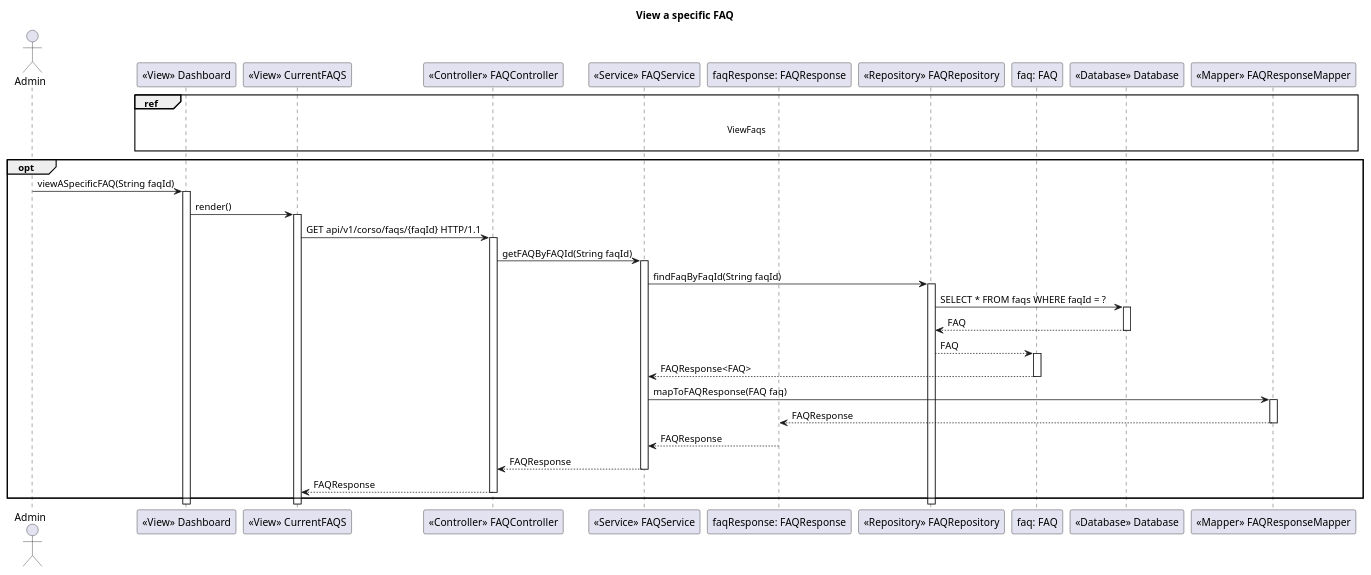
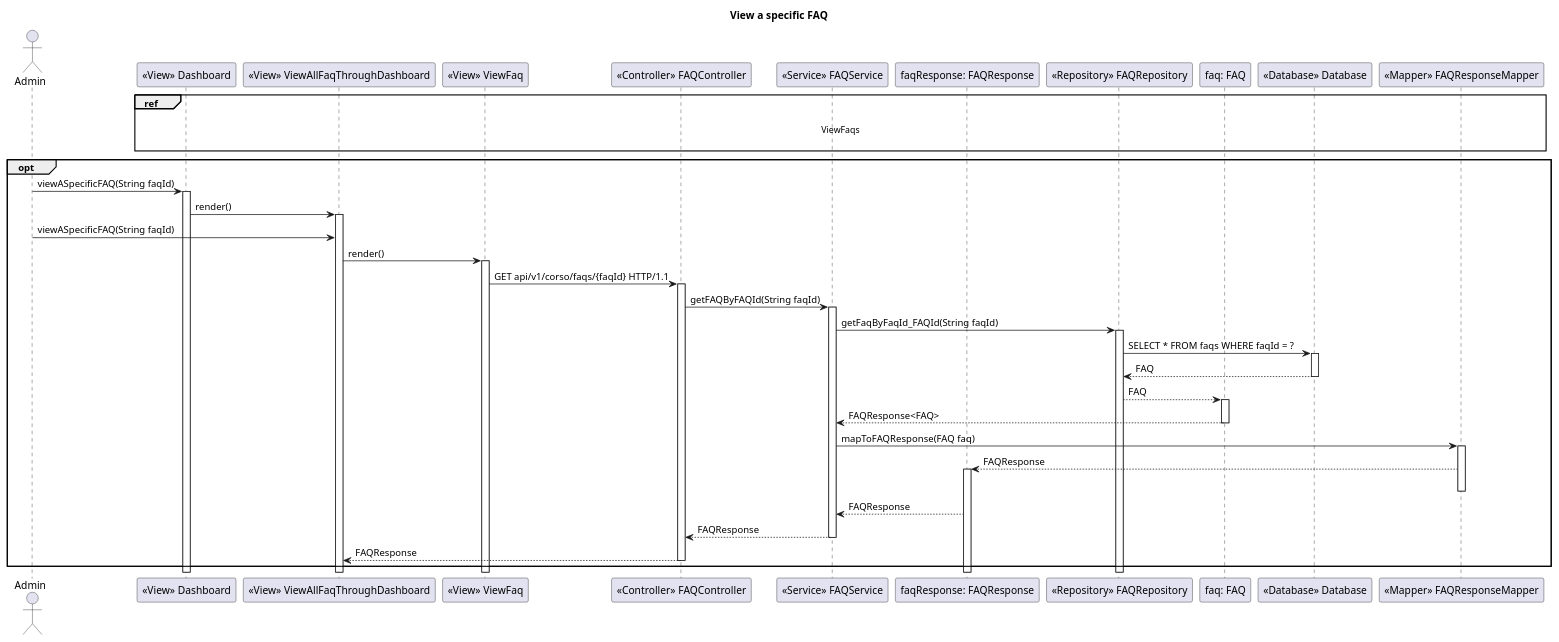
Before and after one commit to DylanBrass/Corso-Website: the diagram in Diagrams/LLSD/FAQs/VIewFAQById.puml, drawn with PlantUML. The commit also changed 22 other files, not shown here.

```diff
--- a/Diagrams/LLSD/FAQs/VIewFAQById.puml
+++ b/Diagrams/LLSD/FAQs/VIewFAQById.puml
@@ -1,69 +1,75 @@
 @startuml
 title View a specific FAQ
 
 actor Admin
 
 participant Dashboard as "<<View>> Dashboard"
-participant CurrentFAQS as "<<View>> CurrentFAQS"
+participant CurrentFAQS as "<<View>> ViewAllFaqThroughDashboard"
+participant ViewFaq as "<<View>> ViewFaq"
 participant FAQController as "<<Controller>> FAQController"
 participant FAQService as "<<Service>> FAQService"
 participant FAQResponse as "faqResponse: FAQResponse"
 participant FAQRepository as "<<Repository>> FAQRepository"
 participant FAQ as "faq: FAQ"
 participant Database as "<<Database>> Database"
 participant FAQResponseMapper as "<<Mapper>> FAQResponseMapper"
 
 ref over Dashboard, CurrentFAQS, FAQController, FAQService, FAQResponse, FAQRepository, FAQ, Database, FAQResponseMapper
 
 ViewFaqs
 
 end
 
 
 opt
 
 Admin -> Dashboard: viewASpecificFAQ(String faqId)
 activate Dashboard
 
 Dashboard -> CurrentFAQS: render()
 activate CurrentFAQS
 
-CurrentFAQS -> FAQController: GET api/v1/corso/faqs/{faqId} HTTP/1.1
+Admin -> CurrentFAQS: viewASpecificFAQ(String faqId)
+
+CurrentFAQS -> ViewFaq: render()
+activate ViewFaq
+
+ViewFaq -> FAQController: GET api/v1/corso/faqs/{faqId} HTTP/1.1
 activate FAQController
 
 FAQController -> FAQService: getFAQByFAQId(String faqId)
 activate FAQService
 
-FAQService -> FAQRepository: findFaqByFaqId(String faqId)
+FAQService -> FAQRepository: getFaqByFaqId_FAQId(String faqId)
 activate FAQRepository
 
 FAQRepository -> Database: SELECT * FROM faqs WHERE faqId = ?
 activate Database
 
 Database --> FAQRepository: FAQ
 deactivate Database
 
 FAQRepository --> FAQ: FAQ
 activate FAQ
 
 FAQ --> FAQService: FAQResponse<FAQ>
 deactivate FAQ
 
 FAQService -> FAQResponseMapper: mapToFAQResponse(FAQ faq)
 activate FAQResponseMapper
 
 FAQResponseMapper --> FAQResponse: FAQResponse
+activate FAQResponse
 deactivate FAQResponseMapper
 
 FAQResponse --> FAQService: FAQResponse
-deactivate FAQResponse
 
 FAQService --> FAQController: FAQResponse
 deactivate FAQService
 
 FAQController --> CurrentFAQS: FAQResponse
 deactivate FAQController
 
 end opt
 
 @enduml
```
